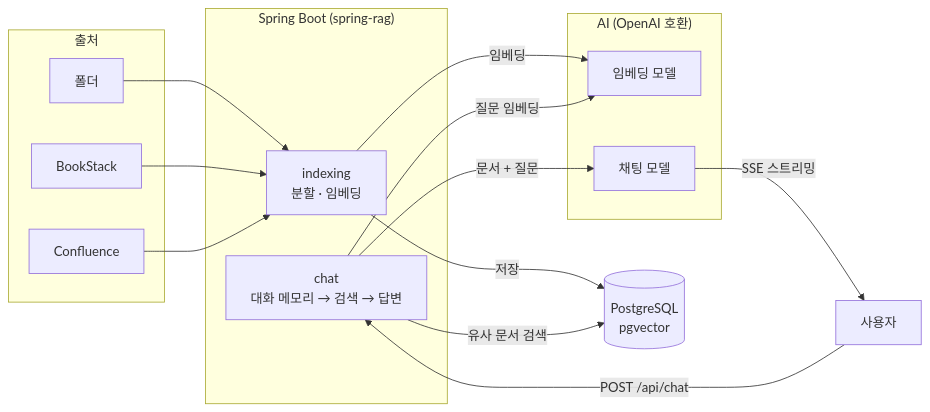
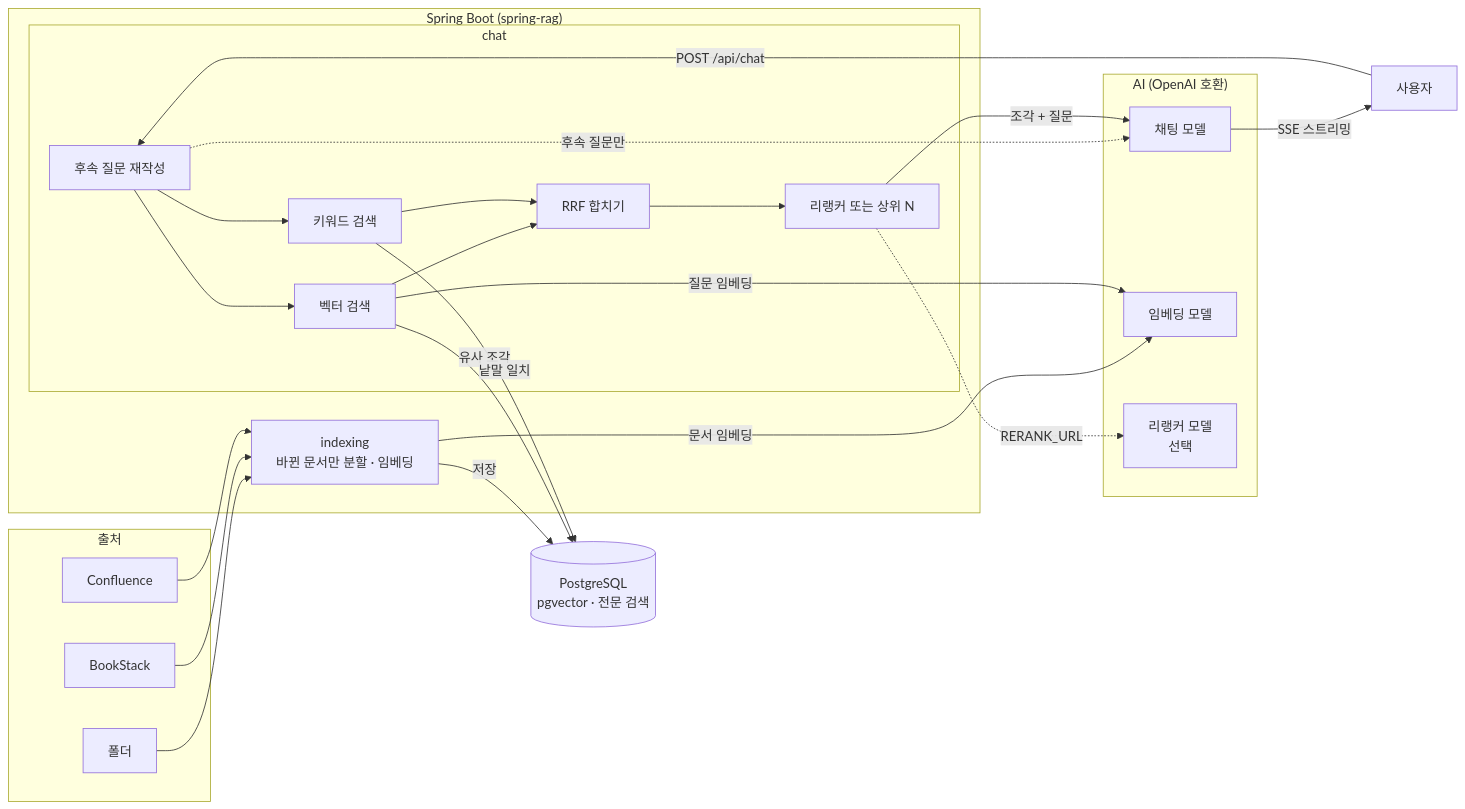
The diagram in README.md (gokid96/spring-rag), drawn with Mermaid before and after one commit. The commit also changed other lines of this file and 25 other files, not shown here.

Commit message:
하이브리드 검색, 리랭커, 질문 재작성, 바뀐 문서만 색인

````diff
--- a/README.md
+++ b/README.md
@@ -69,25 +90,36 @@
 ```mermaid
 flowchart LR
     subgraph 출처
         F[폴더]
         B[BookStack]
         C[Confluence]
     end
     subgraph 앱["Spring Boot (spring-rag)"]
-        I[indexing<br/>분할 · 임베딩]
-        Q[chat<br/>대화 메모리 → 검색 → 답변]
+        I[indexing<br/>바뀐 문서만 분할 · 임베딩]
+        subgraph Q[chat]
+            W[후속 질문 재작성]
+            VS[벡터 검색]
+            KS[키워드 검색]
+            R[RRF 합치기]
+            RR[리랭커 또는 상위 N]
+            W --> VS & KS --> R --> RR
+        end
     end
     subgraph AI["AI (OpenAI 호환)"]
+        L[채팅 모델]
         E[임베딩 모델]
-        L[채팅 모델]
+        RM[리랭커 모델<br/>선택]
     end
-    DB[(PostgreSQL<br/>pgvector)]
-    U[사용자] -- POST /api/chat --> Q
+    DB[(PostgreSQL<br/>pgvector · 전문 검색)]
+    U[사용자] -- POST /api/chat --> W
     F & B & C --> I
-    I -- 임베딩 --> E
+    I -- 문서 임베딩 --> E
     I -- 저장 --> DB
-    Q -- 질문 임베딩 --> E
-    Q -- 유사 문서 검색 --> DB
-    Q -- 문서 + 질문 --> L
+    W -. 후속 질문만 .-> L
+    VS -- 질문 임베딩 --> E
+    VS -- 유사 조각 --> DB
+    KS -- 낱말 일치 --> DB
+    RR -. RERANK_URL .-> RM
+    RR -- 조각 + 질문 --> L
     L -- SSE 스트리밍 --> U
 ```
````
